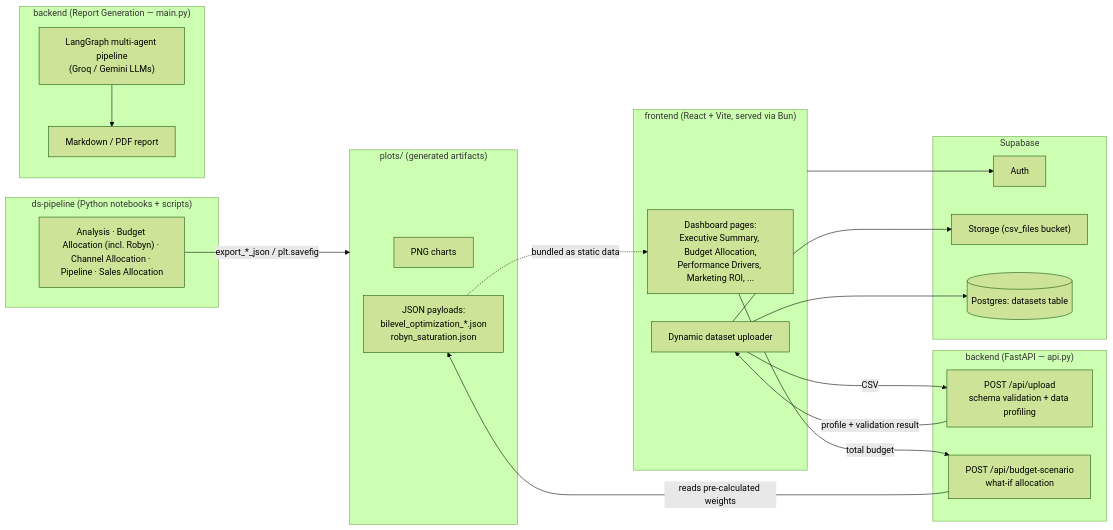
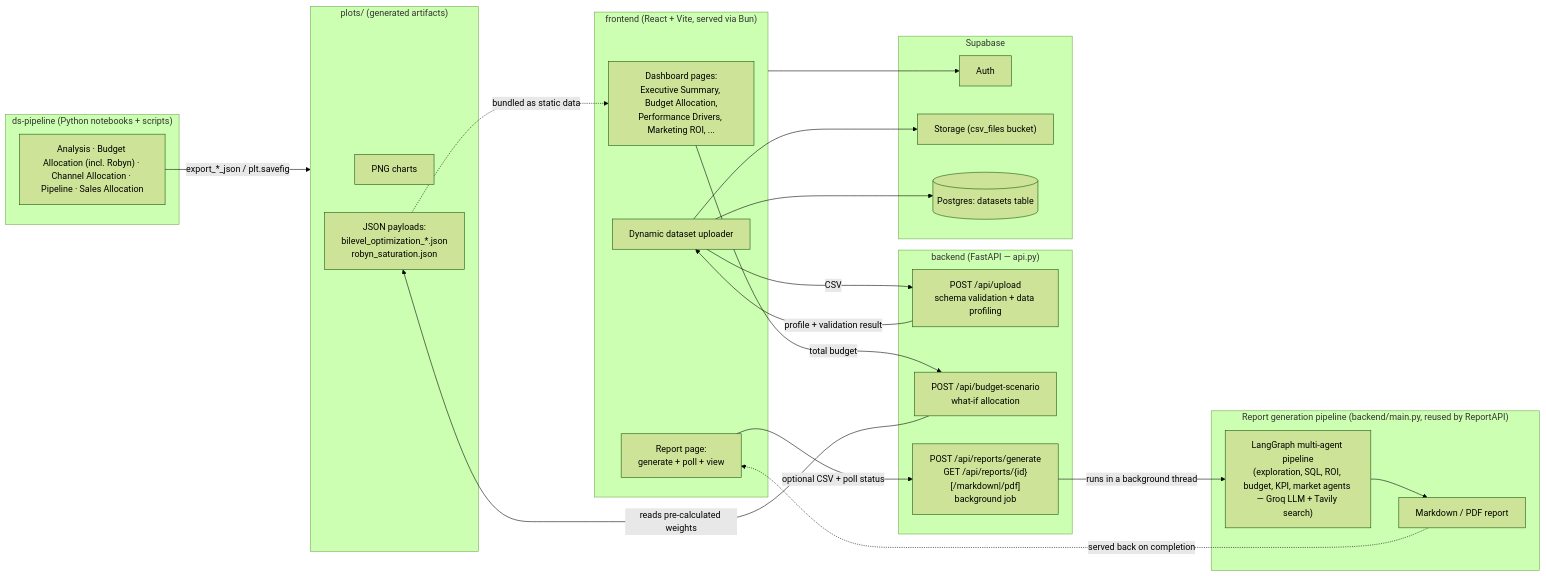
One commit to BaranwalSanchay/Spendzone-Analytics changed the diagram in README.md. Above: the diagram before and after it, drawn with Mermaid (forest theme). The commit also changed other lines of this file and 14 other files, not shown here.

````diff
--- a/README.md
+++ b/README.md
@@ -19,43 +21,48 @@
 ```mermaid
 flowchart LR
     subgraph DS["ds-pipeline (Python notebooks + scripts)"]
         NB["Analysis · Budget Allocation (incl. Robyn) · Channel Allocation · Pipeline · Sales Allocation"]
     end
 
     subgraph Plots["plots/ (generated artifacts)"]
         PNG["PNG charts"]
         JSON["JSON payloads:\nbilevel_optimization_*.json\nrobyn_saturation.json"]
     end
 
     subgraph FE["frontend (React + Vite, served via Bun)"]
         Pages["Dashboard pages:\nExecutive Summary, Budget Allocation,\nPerformance Drivers, Marketing ROI, ..."]
         Upload["Dynamic dataset uploader"]
+        ReportPage["Report page:\ngenerate + poll + view"]
     end
 
     subgraph BE["backend (FastAPI — api.py)"]
         UploadAPI["POST /api/upload\nschema validation + data profiling"]
         ScenarioAPI["POST /api/budget-scenario\nwhat-if allocation"]
+        ReportAPI["POST /api/reports/generate\nGET /api/reports/{id}[/markdown|/pdf]\nbackground job"]
     end
 
-    subgraph Reports["backend (Report Generation — main.py)"]
-        Agents["LangGraph multi-agent pipeline\n(Groq / Gemini LLMs)"]
+    subgraph Reports["Report generation pipeline (backend/main.py, reused by ReportAPI)"]
+        Agents["LangGraph multi-agent pipeline\n(exploration, SQL, ROI, budget, KPI, market agents — Groq LLM + Tavily search)"]
         PDF["Markdown / PDF report"]
     end
 
     subgraph Supabase["Supabase"]
         Auth["Auth"]
         Storage["Storage (csv_files bucket)"]
         DB[("Postgres: datasets table")]
     end
 
     NB -->|export_*_json / plt.savefig| Plots
     JSON -.->|bundled as static data| Pages
     Upload -->|CSV| UploadAPI
     UploadAPI -->|profile + validation result| Upload
     Pages -->|total budget| ScenarioAPI
     ScenarioAPI -->|reads pre-calculated weights| JSON
     Upload --> Storage
     Upload --> DB
     FE --> Auth
+    ReportPage -->|optional CSV + poll status| ReportAPI
+    ReportAPI -->|runs in a background thread| Agents
     Agents --> PDF
+    PDF -.->|served back on completion| ReportPage
 ```
````
